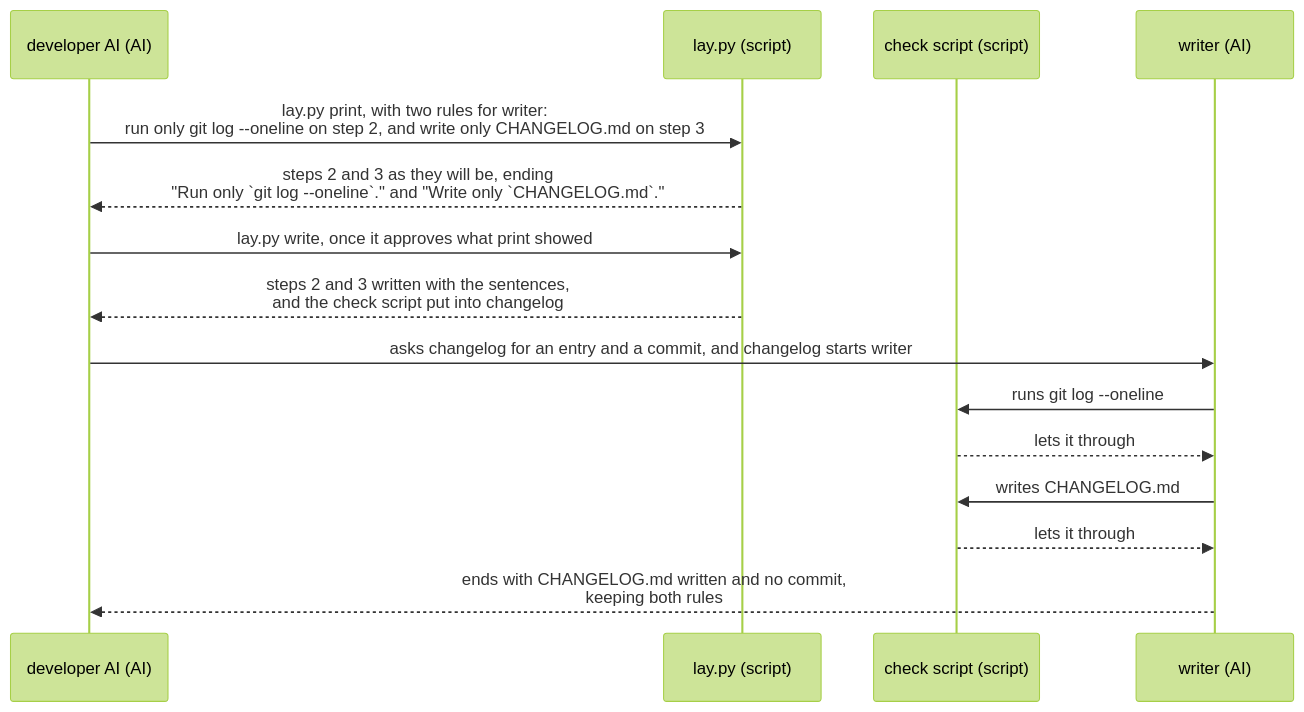
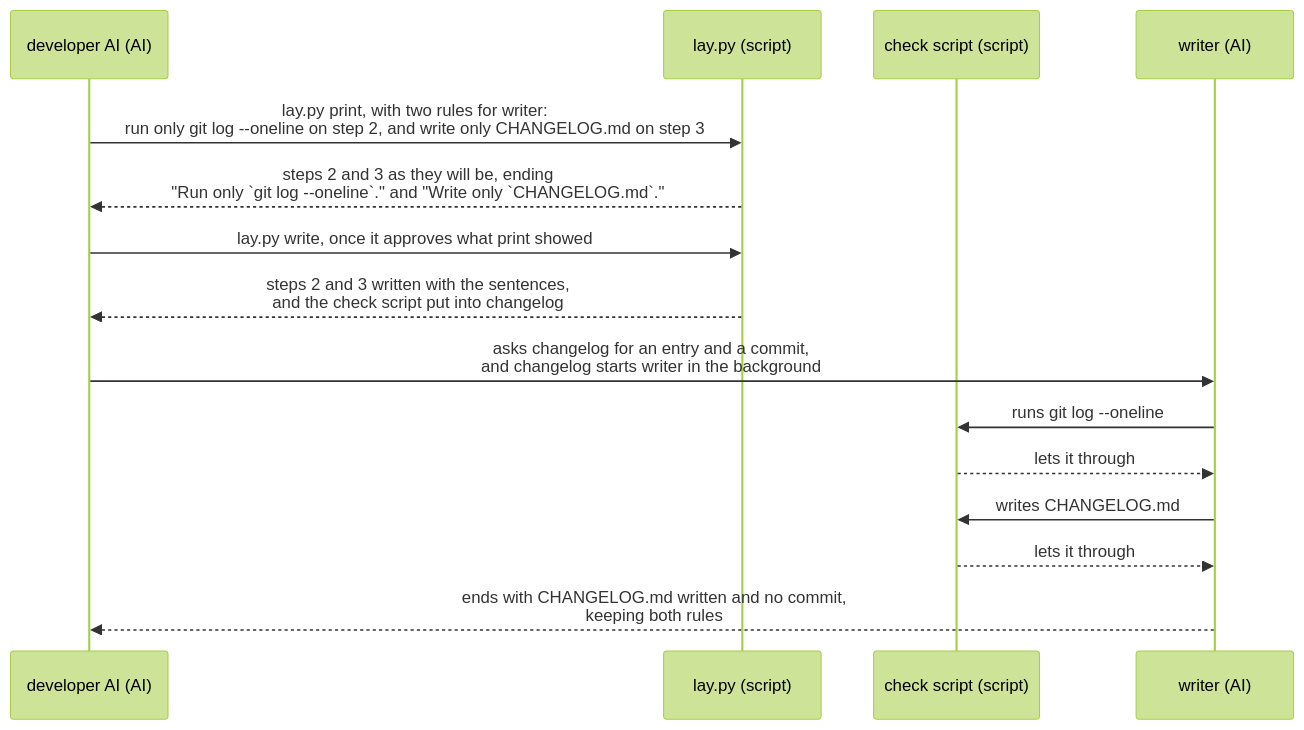
Before and after one commit to lovaizu/ccpm: the first of 2 diagrams in dev/lane/ux.md, drawn with Mermaid (forest theme). The commit also changed other lines of this file and 30 other files, not shown here.

````diff
--- a/dev/lane/ux.md
+++ b/dev/lane/ux.md
@@ -47,17 +49,17 @@
 ```mermaid
 sequenceDiagram
   participant A as developer AI (AI)
   participant L as lay.py (script)
   participant K as check script (script)
   participant W as writer (AI)
   A->>L: lay.py print, with two rules for writer:<br>run only git log --oneline on step 2, and write only CHANGELOG.md on step 3
   L-->>A: steps 2 and 3 as they will be, ending<br>"Run only `git log --oneline`." and "Write only `CHANGELOG.md`."
   A->>L: lay.py write, once it approves what print showed
   L-->>A: steps 2 and 3 written with the sentences,<br>and the check script put into changelog
-  A->>W: asks changelog for an entry and a commit, and changelog starts writer
+  A->>W: asks changelog for an entry and a commit,<br>and changelog starts writer in the background
   W->>K: runs git log --oneline
   K-->>W: lets it through
   W->>K: writes CHANGELOG.md
   K-->>W: lets it through
   W-->>A: ends with CHANGELOG.md written and no commit,<br>keeping both rules
 ```
````
